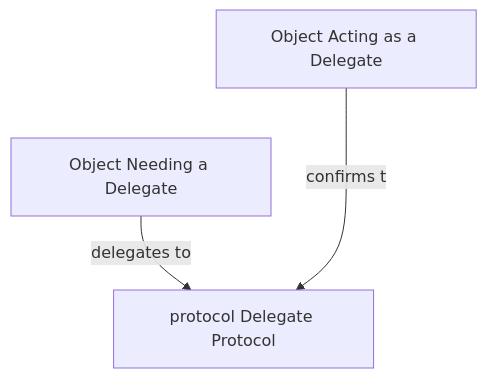
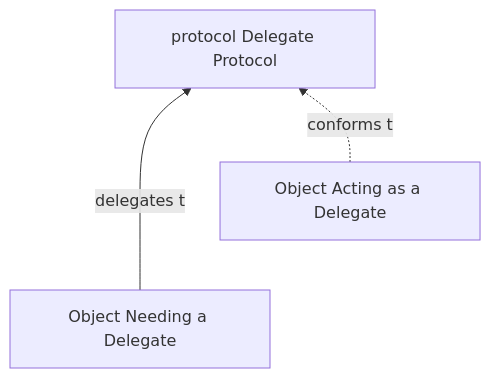
The first of 3 diagrams in README.md (faiztech/Rabble-Wabble), drawn with Mermaid before and after one commit. The commit also changed other lines of this file, not shown here.

````diff
--- a/README.md
+++ b/README.md
@@ -21,5 +21,5 @@
 ```mermaid
-graph TD;
-    A[Object Needing a Delegate]--delegates to -->B[protocol Delegate Protocol];
-    C[Object Acting as a Delegate]--confirms to-->B;
+graph BT;
+    A[Object Needing a Delegate]--delegates to-->B[protocol Delegate Protocol];
+    C[Object Acting as a Delegate]-.conforms to.->B;
 ```
````
